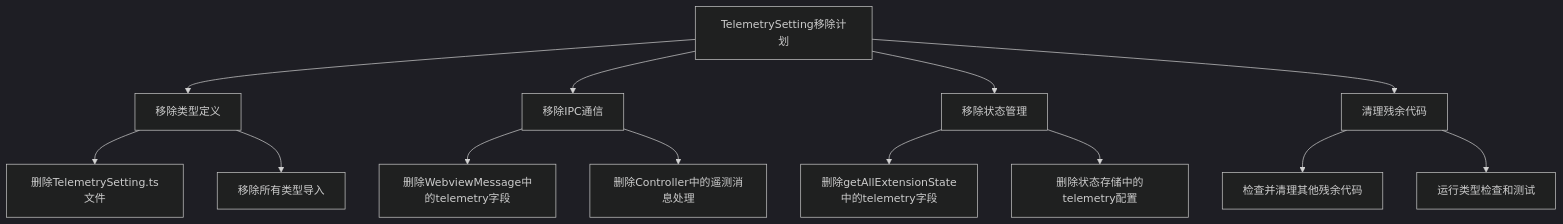
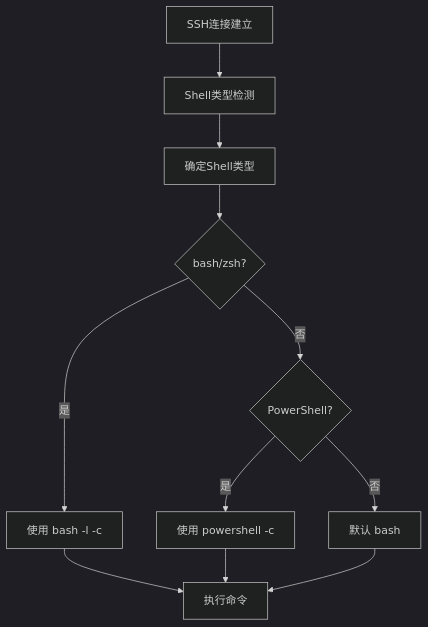
The diagram in plan.md (linwinfan/ZSChaterm), drawn with Mermaid (dark theme) before and after one commit. The commit also changed other lines of this file and 3 other files, not shown here.

````diff
--- a/plan.md
+++ b/plan.md
@@ -13,19 +20,13 @@
 ```mermaid
-graph TB
-    A[TelemetrySetting移除计划] --> B[移除类型定义]
-    A --> C[移除IPC通信]
-    A --> D[移除状态管理]
-    A --> E[清理残余代码]
-
-    B --> B1[删除TelemetrySetting.ts文件]
-    B --> B2[移除所有类型导入]
-
-    C --> C1[删除WebviewMessage中的telemetry字段]
-    C --> C2[删除Controller中的遥测消息处理]
-
-    D --> D1[删除getAllExtensionState中的telemetry字段]
-    D --> D2[删除状态存储中的telemetry配置]
-
-    E --> E1[检查并清理其他残余代码]
-    E --> E2[运行类型检查和测试]
+flowchart TD
+    A[SSH连接建立] --> B[Shell类型检测]
+    B --> C[确定Shell类型]
+    C --> D{bash/zsh?}
+    D -->|是| E[使用 bash -l -c]
+    D -->|否| F{PowerShell?}
+    F -->|是| G[使用 powershell -c]
+    F -->|否| H[默认 bash]
+    E --> I[执行命令]
+    G --> I
+    H --> I
 ```
````
